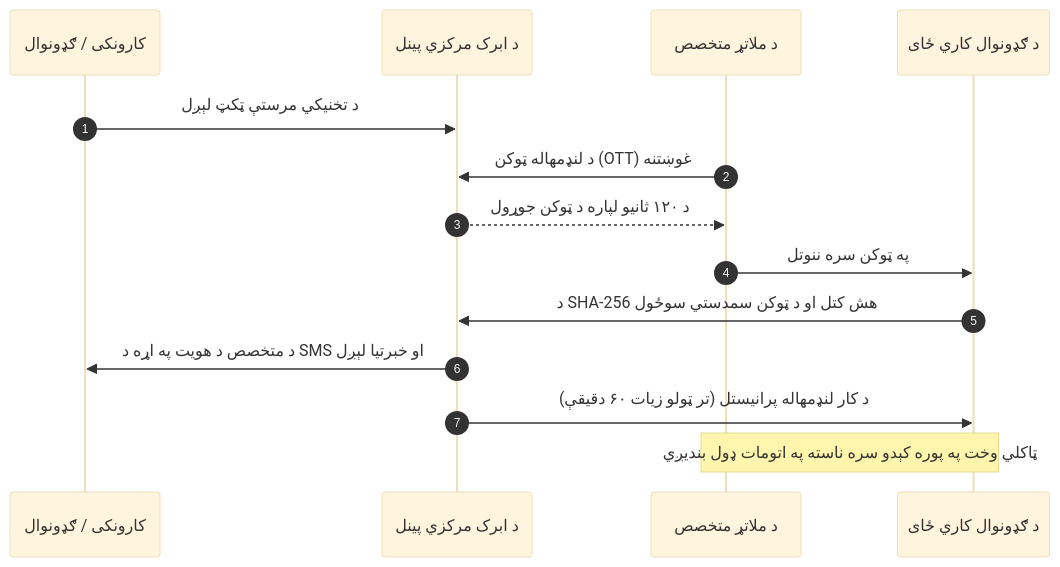
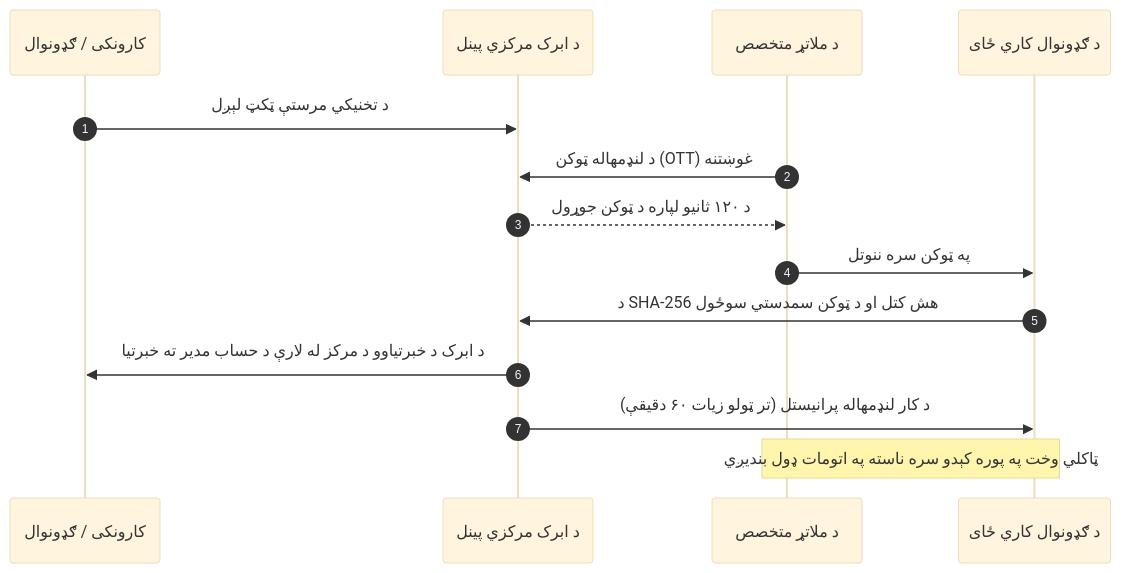
One commit to abrakorg/abrak-docs changed the diagram in ps/support-access.md. Above: the diagram before and after it, drawn with Mermaid (base theme). The commit also changed other lines of this file and 14 other files, not shown here.

````diff
--- a/ps/support-access.md
+++ b/ps/support-access.md
@@ -27,17 +27,17 @@
 ```mermaid
 sequenceDiagram
     autonumber
     participant Customer as کارونکی / ګډونوال
     participant Hub as د ابرک مرکزي پینل
     participant Staff as د ملاتړ متخصص
     participant Tenant as د ګډونوال کاري ځای
 
     Customer->>Hub: د تخنیکي مرستې ټکټ لېږل
     Staff->>Hub: د لنډمهاله ټوکن (OTT) غوښتنه
     Hub-->>Staff: د ۱۲۰ ثانیو لپاره د ټوکن جوړول
     Staff->>Tenant: په ټوکن سره ننوتل
     Tenant->>Hub: د SHA-256 هش کتل او د ټوکن سمدستي سوځول
-    Hub->>Customer: د متخصص د هویت په اړه د SMS او خبرتیا لېږل
+    Hub->>Customer: د ابرک د خبرتیاوو د مرکز له لارې د حساب مدیر ته خبرتیا
     Hub->>Tenant: د کار لنډمهاله پرانیستل (تر ټولو زیات ۶۰ دقیقې)
     Note over Staff,Tenant: ټاکلي وخت په پوره کېدو سره ناسته په اتومات ډول بندیږي
 ```
````
